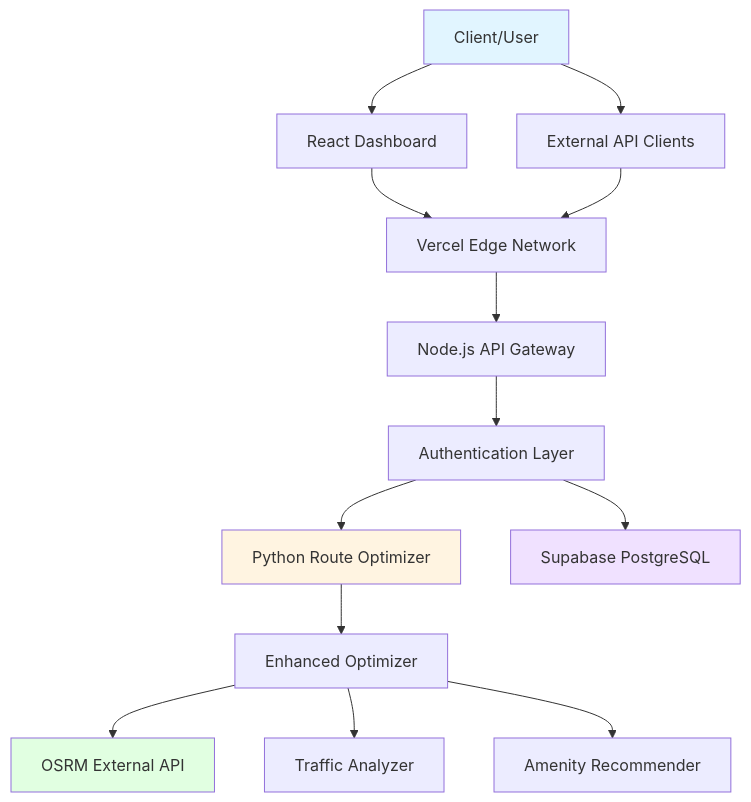
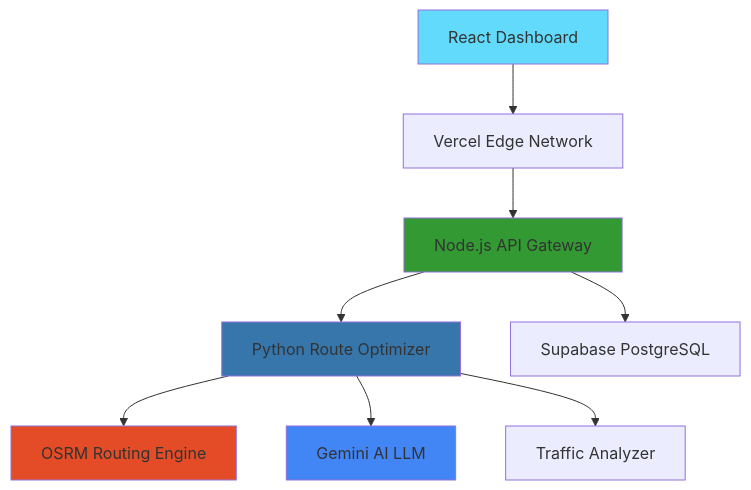
The diagram in README.md (kkweli/swift_route), drawn with Mermaid before and after one commit. The commit also changed other lines of this file, not shown here.

Commit message:
optimization algorithm and llm integration enhancements

````diff
--- a/README.md
+++ b/README.md
@@ -56,24 +30,16 @@
 ```mermaid
 graph TB
-    A[Client/User] --> B[React Dashboard]
-    A --> C[External API Clients]
+    A[React Dashboard] --> B[Vercel Edge Network]
+    B --> C[Node.js API Gateway]
+    C --> D[Python Route Optimizer]
+    C --> E[Supabase PostgreSQL]
+    D --> F[OSRM Routing Engine]
+    D --> G[Gemini AI LLM]
+    D --> H[Traffic Analyzer]
     
-    B --> D[Vercel Edge Network]
-    C --> D
-    
-    D --> E[Node.js API Gateway]
-    E --> F[Authentication Layer]
-    
-    F --> G[Python Route Optimizer]
-    F --> H[Supabase PostgreSQL]
-    
-    G --> I[Enhanced Optimizer]
-    I --> J[OSRM External API]
-    I --> K[Traffic Analyzer]
-    I --> L[Amenity Recommender]
-    
-    style A fill:#e1f5ff
-    style G fill:#fff4e1
-    style H fill:#f0e1ff
-    style J fill:#e1ffe1
+    style A fill:#61dafb
+    style C fill:#339933
+    style D fill:#3776ab
+    style F fill:#e34c26
+    style G fill:#4285f4
 ```
````
